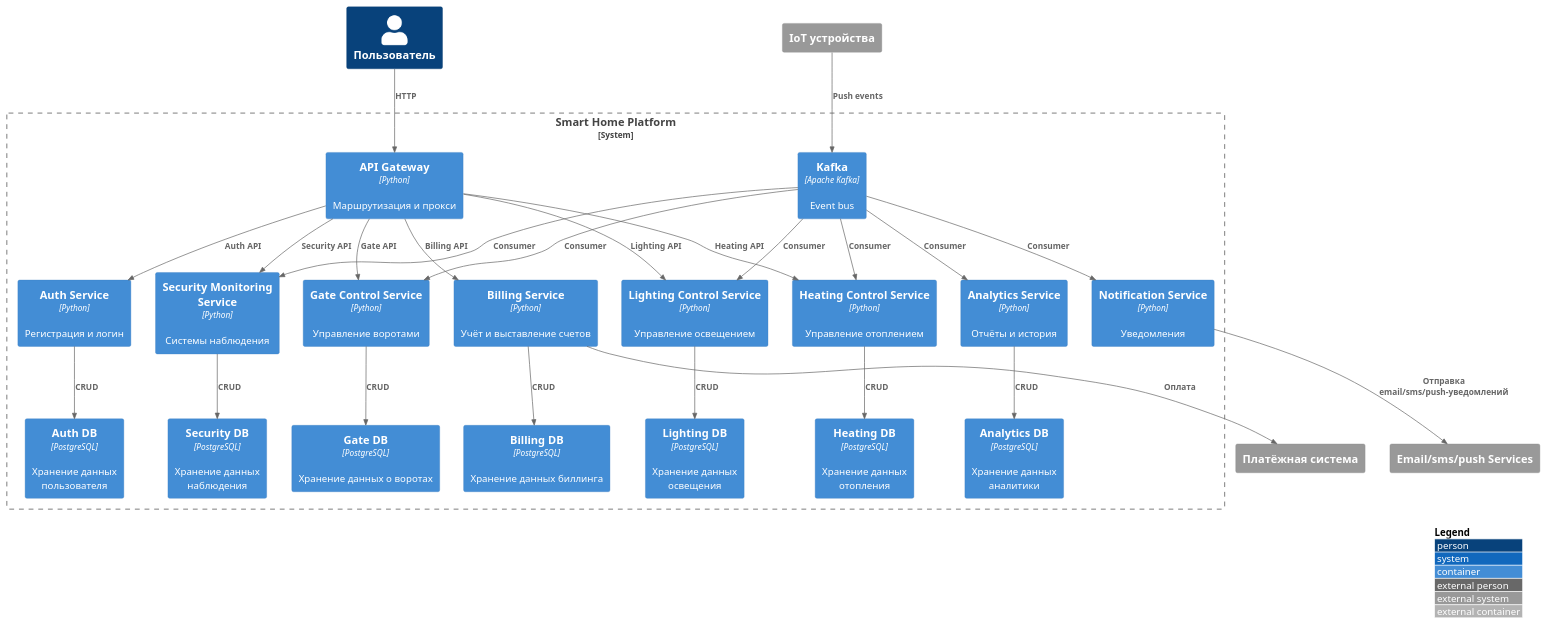
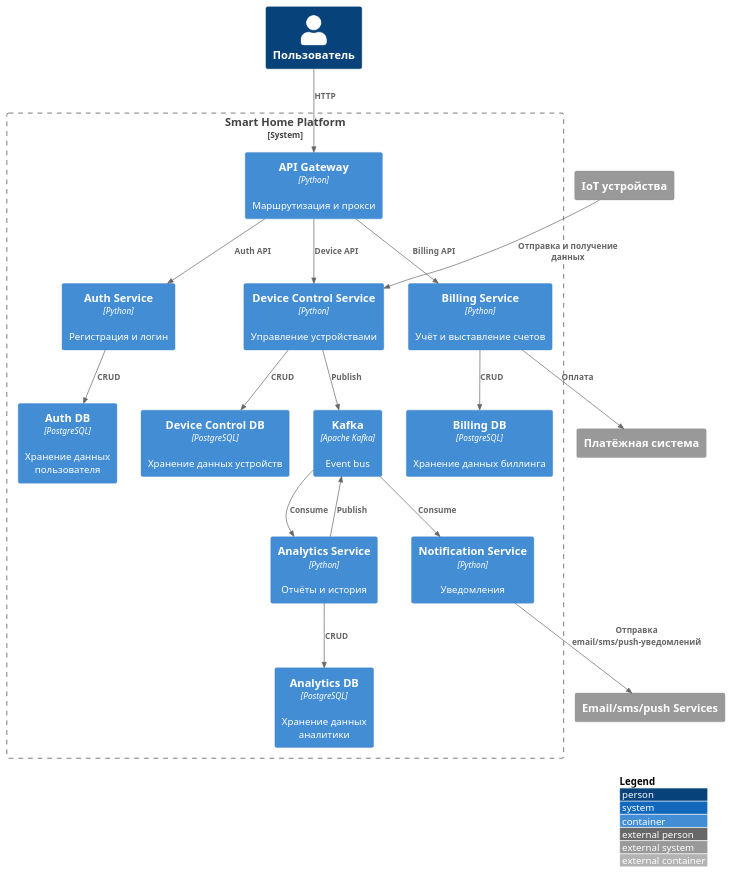
The diagram in docs/architecture/microservices/container.puml (Naumov1889/architecture-sprint-3), drawn with PlantUML before and after one commit. The commit also changed 14 other files, not shown here.

Commit message:
add device_service, kafka rel updates, house entity

```diff
--- a/docs/architecture/microservices/container.puml
+++ b/docs/architecture/microservices/container.puml
@@ -1,55 +1,41 @@
 @startuml
 !includeurl https://raw.githubusercontent.com/plantuml-stdlib/C4-PlantUML/master/C4_Container.puml
 LAYOUT_WITH_LEGEND()
 Person(user, "Пользователь")
 System_Boundary(s1, "Smart Home Platform") {
     Container(apigw, "API Gateway", "Python", "Маршрутизация и прокси")
     Container(auth, "Auth Service", "Python", "Регистрация и логин")
     Container(auth_db, "Auth DB", "PostgreSQL", "Хранение данных пользователя")
-    Container(heating, "Heating Control Service", "Python", "Управление отоплением")
-    Container(light, "Lighting Control Service", "Python", "Управление освещением")
-    Container(security, "Security Monitoring Service", "Python", "Системы наблюдения")
-    Container(gate, "Gate Control Service", "Python", "Управление воротами")
-    Container(heating_db, "Heating DB", "PostgreSQL", "Хранение данных отопления")
-    Container(light_db, "Lighting DB", "PostgreSQL", "Хранение данных освещения")
-    Container(security_db, "Security DB", "PostgreSQL", "Хранение данных наблюдения")
-    Container(gate_db, "Gate DB", "PostgreSQL", "Хранение данных о воротах")
+    Container(device_control, "Device Control Service", "Python", "Управление устройствами")
+    Container(device_control_db, "Device Control DB", "PostgreSQL", "Хранение данных устройств")
     Container(billing, "Billing Service", "Python", "Учёт и выставление счетов")
     Container(billing_db, "Billing DB", "PostgreSQL", "Хранение данных биллинга")
     Container(notify, "Notification Service", "Python", "Уведомления")
     Container(analytics, "Analytics Service", "Python", "Отчёты и история")
     Container(analytics_db, "Analytics DB", "PostgreSQL", "Хранение данных аналитики")
     Container(kafka, "Kafka", "Apache Kafka", "Event bus")
 }
 System_Ext(extpay, "Платёжная система")
 System_Ext(devices, "IoT устройства")
 System_Ext(ext_notification, "Email/sms/push Services")
 
 Rel(user, apigw, "HTTP")
 Rel(apigw, auth, "Auth API")
-Rel(apigw, heating, "Heating API")
-Rel(apigw, light, "Lighting API")
-Rel(apigw, security, "Security API")
-Rel(apigw, gate, "Gate API")
+Rel(apigw, device_control, "Device API")
 Rel(apigw, billing, "Billing API")
 
-Rel(heating, heating_db, "CRUD")
-Rel(light, light_db, "CRUD")
-Rel(security, security_db, "CRUD")
-Rel(gate, gate_db, "CRUD")
+Rel(device_control, device_control_db, "CRUD")
 Rel(billing, billing_db, "CRUD")
 Rel(analytics, analytics_db, "CRUD")
 Rel(auth, auth_db, "CRUD")
 
 Rel(billing, extpay, "Оплата")
-Rel(devices, kafka, "Push events")
+Rel(devices, device_control, "Отправка и получение данных")
+Rel(device_control, kafka, "Publish")
+Rel(analytics, kafka, "Publish")
 
-Rel(kafka, heating, "Consumer")
-Rel(kafka, light, "Consumer")
-Rel(kafka, security, "Consumer")
-Rel(kafka, gate, "Consumer")
-Rel(kafka, notify, "Consumer")
-Rel(kafka, analytics, "Consumer")
+Rel(kafka, notify, "Consume")
+Rel(kafka, analytics, "Consume")
 
 Rel(notify, ext_notification, "Отправка email/sms/push-уведомлений")
 @enduml
```
